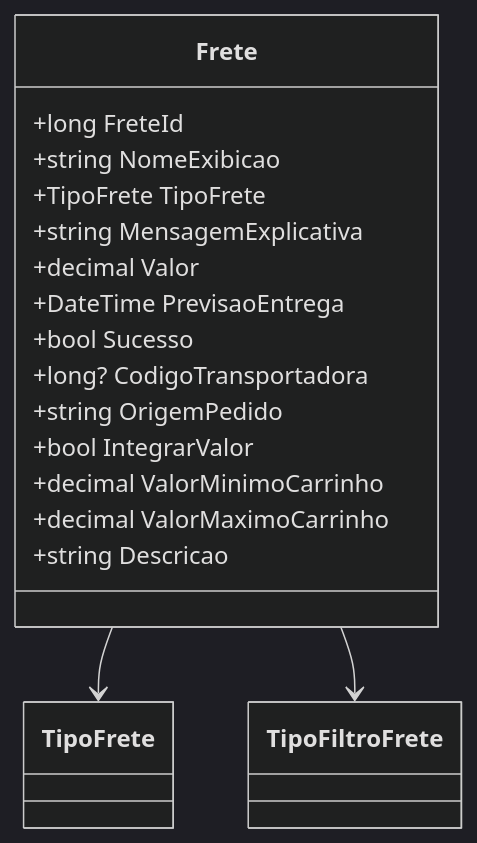
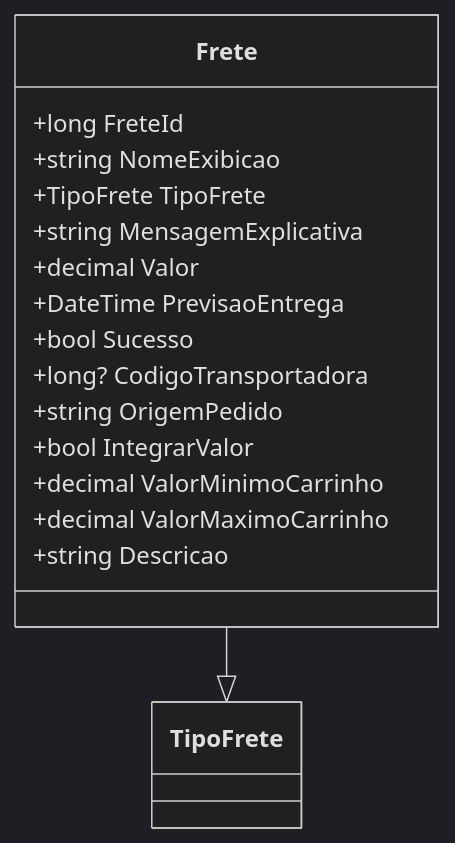
The second of 2 diagrams in docs/b2b-dominio/IsthmusWinthor.Nucleo/IsthmusWinthor.Dominio/POCO/Frete.md (IsthmusSistemas/documentacao-tecnica), drawn with Mermaid (dark theme) before and after one commit. The commit also changed other lines of this file and 882 other files, not shown here.

````diff
--- a/docs/b2b-dominio/IsthmusWinthor.Nucleo/IsthmusWinthor.Dominio/POCO/Frete.md
+++ b/docs/b2b-dominio/IsthmusWinthor.Nucleo/IsthmusWinthor.Dominio/POCO/Frete.md
@@ -65,27 +59,19 @@
 ```mermaid
 classDiagram
     class Frete {
         +long FreteId
         +string NomeExibicao
         +TipoFrete TipoFrete
         +string MensagemExplicativa
         +decimal Valor
         +DateTime PrevisaoEntrega
         +bool Sucesso
         +long? CodigoTransportadora
         +string OrigemPedido
         +bool IntegrarValor
         +decimal ValorMinimoCarrinho
         +decimal ValorMaximoCarrinho
         +string Descricao
     }
-    
-    class TipoFrete {
-    }
-
-    class TipoFiltroFrete {
-    }
-    
-    Frete --> TipoFrete
-    Frete --> TipoFiltroFrete
+    Frete --|> TipoFrete
 ```
````
